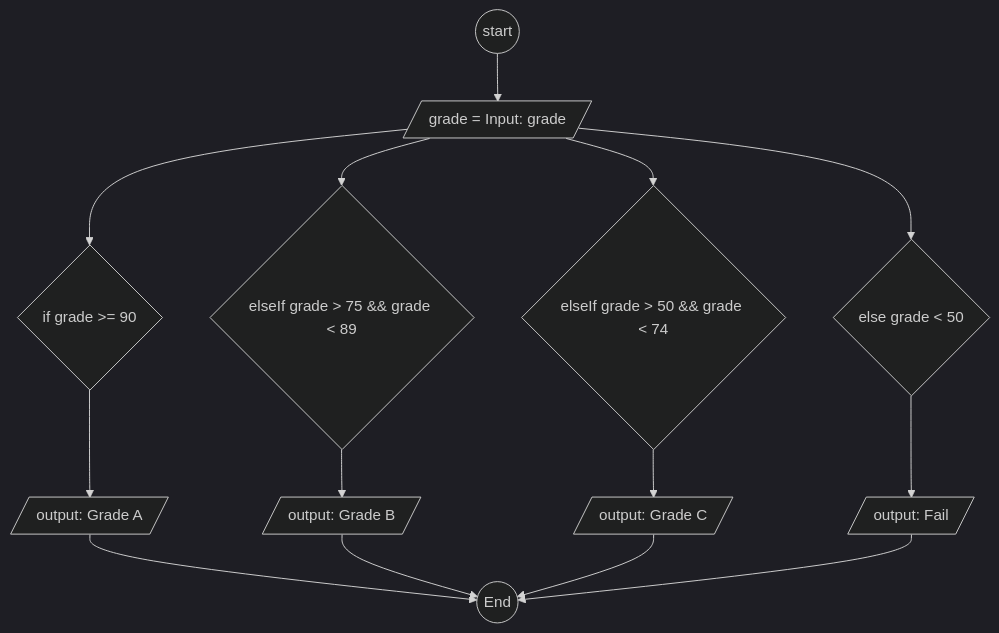
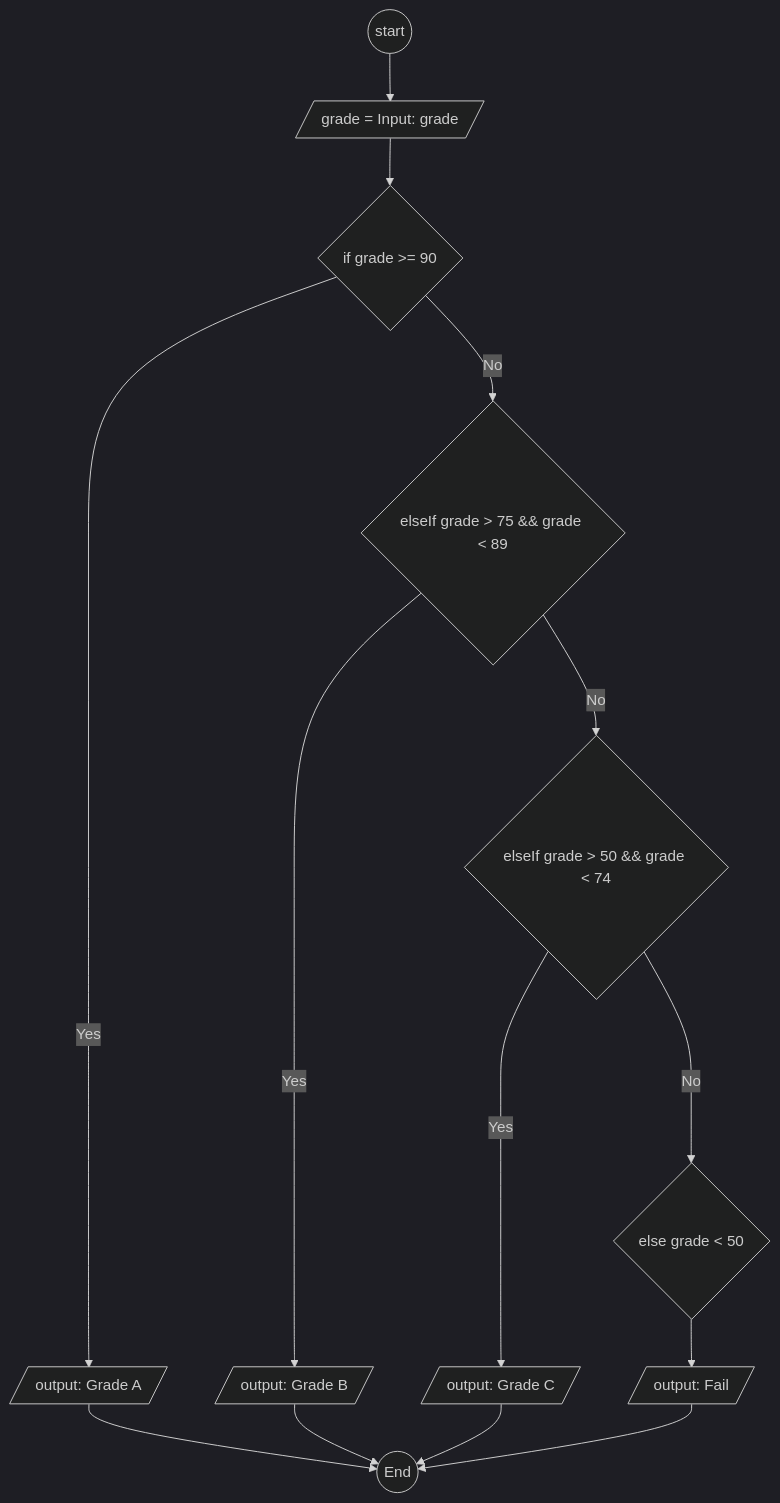
One commit to ihabau/Lexicon-lesson3-flowcharts changed the diagram in Exercise2.md. Above: the diagram before and after it, drawn with Mermaid (dark theme).

Commit message:
last touches

````diff
--- a/Exercise2.md
+++ b/Exercise2.md
@@ -29,8 +29,8 @@
 ```mermaid
 graph TD
 A((start)) --> B[/grade = Input: grade/]
-B --> C{if grade >= 90} --> D[/output: Grade A/] --> K((End))
-B --> E{elseIf grade > 75 && grade < 89} --> F[/output: Grade B/] --> K((End))
-B --> G{elseIf grade > 50 && grade < 74} --> H[/output: Grade C/] --> K((End))
-B --> I{else grade < 50} --> J[/output: Fail/] --> K((End))
+B --> C{if grade >= 90} -- Yes ---> D[/output: Grade A/] --> K((End))
+C -- No --> E{elseIf grade > 75 && grade < 89} -- Yes --> F[/output: Grade B/] --> K((End))
+E -- No --> G{elseIf grade > 50 && grade < 74} -- Yes --> H[/output: Grade C/] --> K((End))
+G -- No ---> I{else grade < 50} --> J[/output: Fail/] --> K((End))
 ```
````
